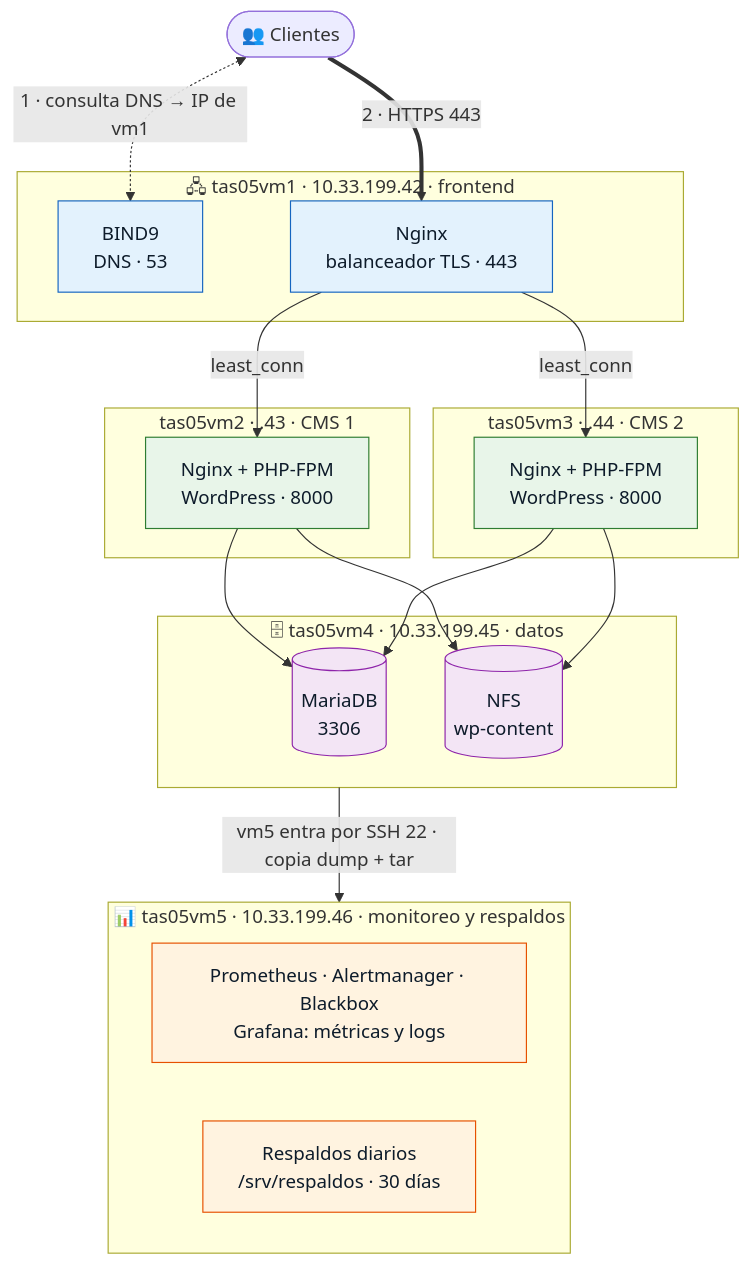
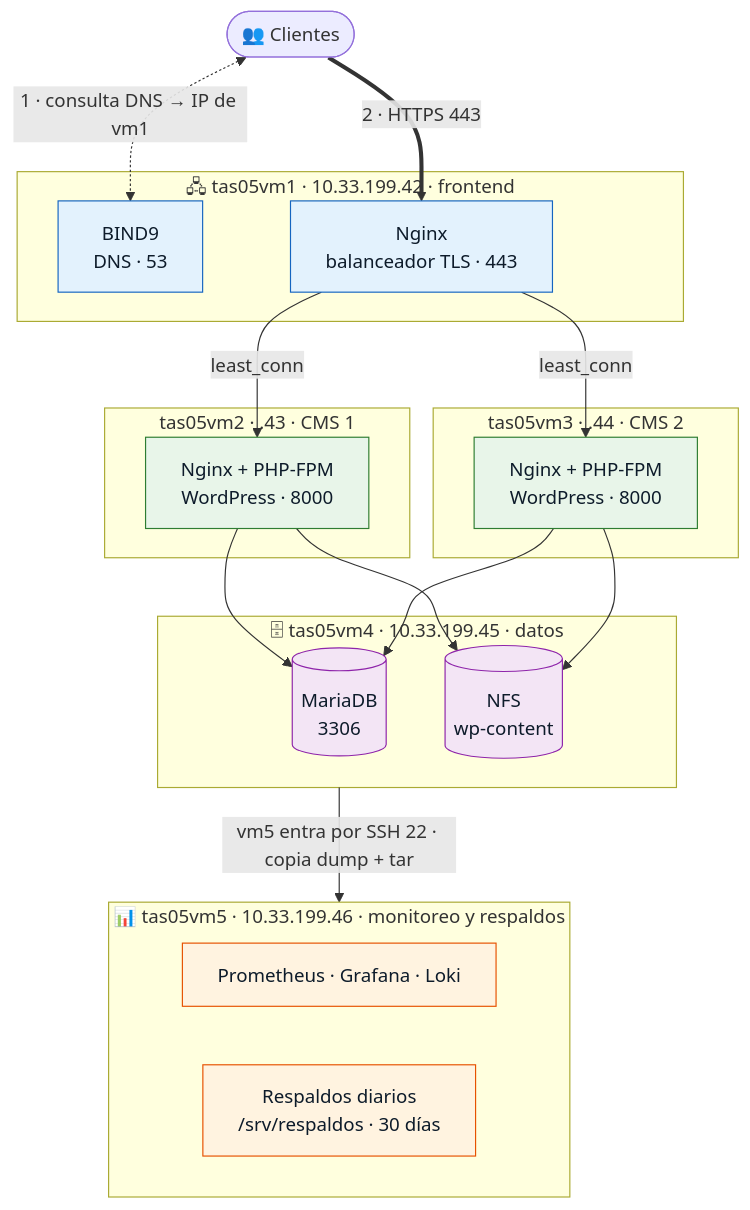
Before and after one commit to crisalvav/TAS: the diagram in README.md, drawn with Mermaid.

Commit message:
docs: dejar solo Prometheus, Grafana y Loki en vm5 del diagrama

````diff
--- a/README.md
+++ b/README.md
@@ -42,45 +42,45 @@
 ```mermaid
 %%{init: {"flowchart": {"wrappingWidth": 260}}}%%
 flowchart TB
     C(["👥 Clientes"])
 
     subgraph VM1["🖧 tas05vm1 · 10.33.199.42 · frontend"]
         DNS["BIND9<br/>DNS · 53"]
         LB["Nginx<br/>balanceador TLS · 443"]
     end
 
     subgraph VM2["tas05vm2 · .43 · CMS 1"]
         WP2["Nginx + PHP-FPM<br/>WordPress · 8000"]
     end
 
     subgraph VM3["tas05vm3 · .44 · CMS 2"]
         WP3["Nginx + PHP-FPM<br/>WordPress · 8000"]
     end
 
     subgraph VM4["🗄 tas05vm4 · 10.33.199.45 · datos"]
         DB[("MariaDB<br/>3306")]
         NFS[("NFS<br/>wp-content")]
     end
 
     subgraph VM5["📊 tas05vm5 · 10.33.199.46 · monitoreo y respaldos"]
-        MON["Prometheus · Alertmanager · Blackbox<br/>Grafana: métricas y logs"]
+        MON["Prometheus · Grafana · Loki"]
         BK["Respaldos diarios<br/>/srv/respaldos · 30 días"]
     end
 
     C <-. "1 · consulta DNS → IP de vm1" .-> DNS
     C == "2 · HTTPS 443" ==> LB
     LB -- "least_conn" --> WP2
     LB -- "least_conn" --> WP3
     WP2 --> DB & NFS
     WP3 --> DB & NFS
     VM4 -- "vm5 entra por SSH 22 · copia dump + tar" --> VM5
 
     classDef front fill:#e3f2fd,stroke:#1565c0,color:#0d1b2a
     classDef web fill:#e8f5e9,stroke:#2e7d32,color:#0d1b2a
     classDef data fill:#f3e5f5,stroke:#8e24aa,color:#0d1b2a
     classDef ops fill:#fff3e0,stroke:#e65100,color:#0d1b2a
     class DNS,LB front
     class WP2,WP3 web
     class DB,NFS data
     class MON,BK ops
 ```
````
